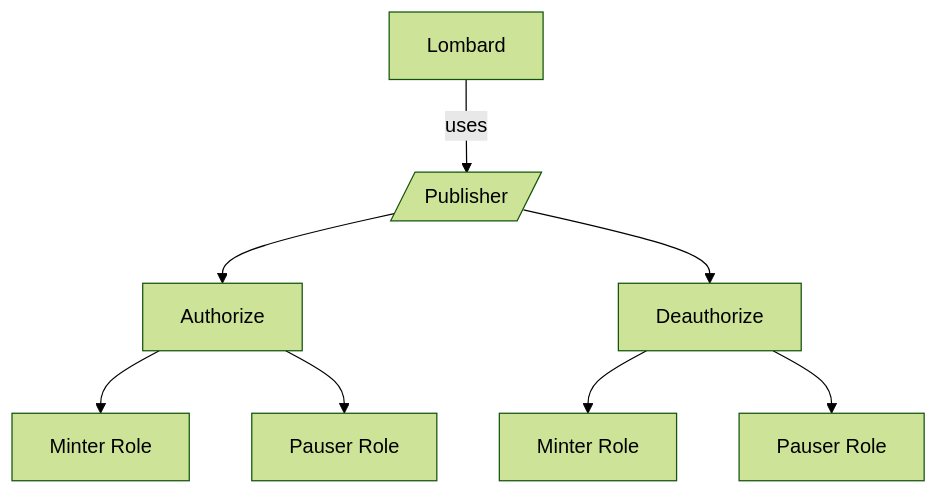
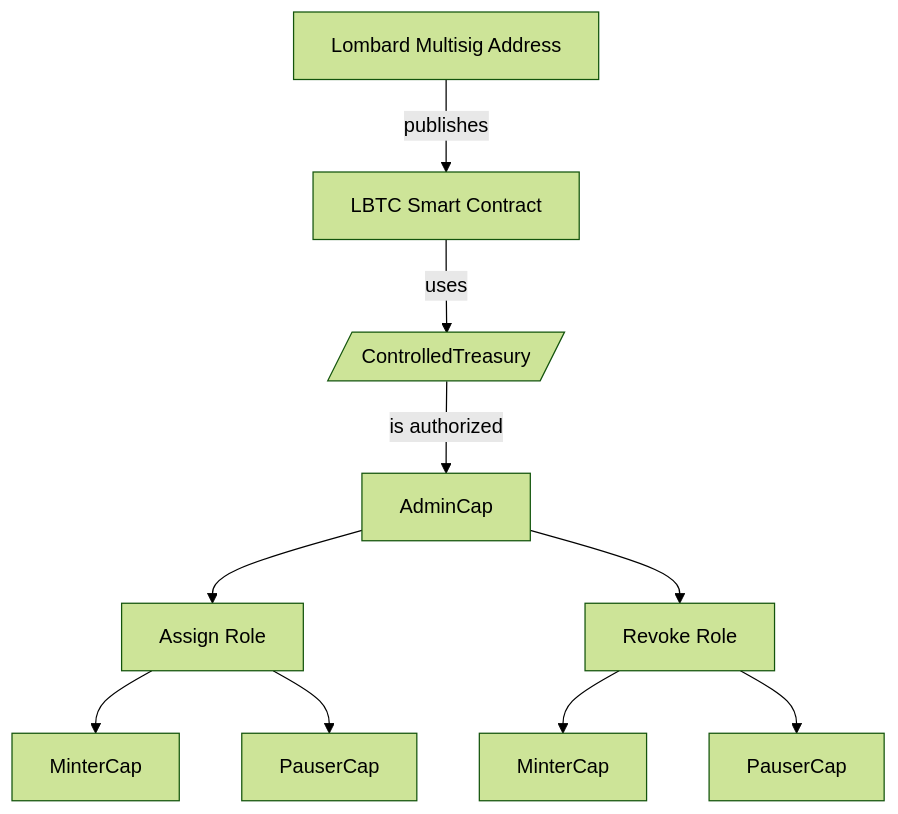
The diagram in docs/flowcharts/authorization-flowchart.md (lombard-finance/sui-move-contracts), drawn with Mermaid (forest theme) before and after one commit. The commit also changed 2 other files, not shown here.

Commit message:
Update flowcharts with Controlled Treasury

````diff
--- a/docs/flowcharts/authorization-flowchart.md
+++ b/docs/flowcharts/authorization-flowchart.md
@@ -1,10 +1,12 @@
 ```mermaid
 flowchart TD
-    L[Lombard] -->|uses| P[/Publisher/]
-    P --> PA[Authorize]
-    PA --> MRA[Minter Role]
-    PA --> PRA[Pauser Role]
-    P --> PD[Deauthorize]
-    PD --> MRD[Minter Role]
-    PD --> PRD[Pauser Role]
+    L[Lombard Multisig Address] -->|publishes| SC[LBTC Smart Contract]
+    SC --> |uses| CT[/ControlledTreasury/]
+    CT --> |is authorized| AC[AdminCap]
+    AC --> PA[Assign Role]
+    PA --> MRA[MinterCap]
+    PA --> PRA[PauserCap]
+    AC --> PD[Revoke Role]
+    PD --> MRD[MinterCap]
+    PD --> PRD[PauserCap]
 ```
````
